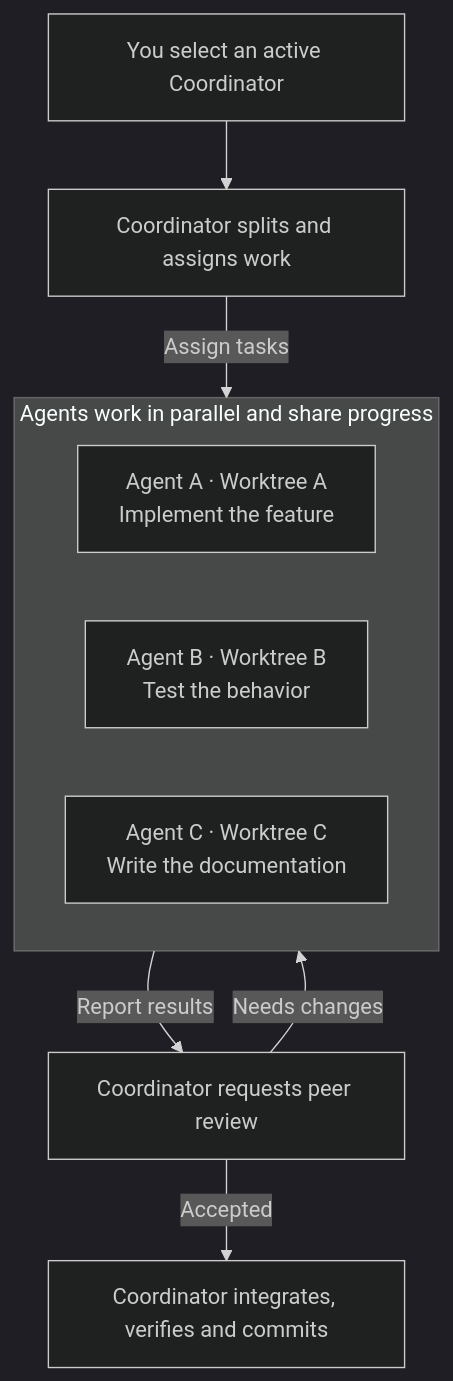
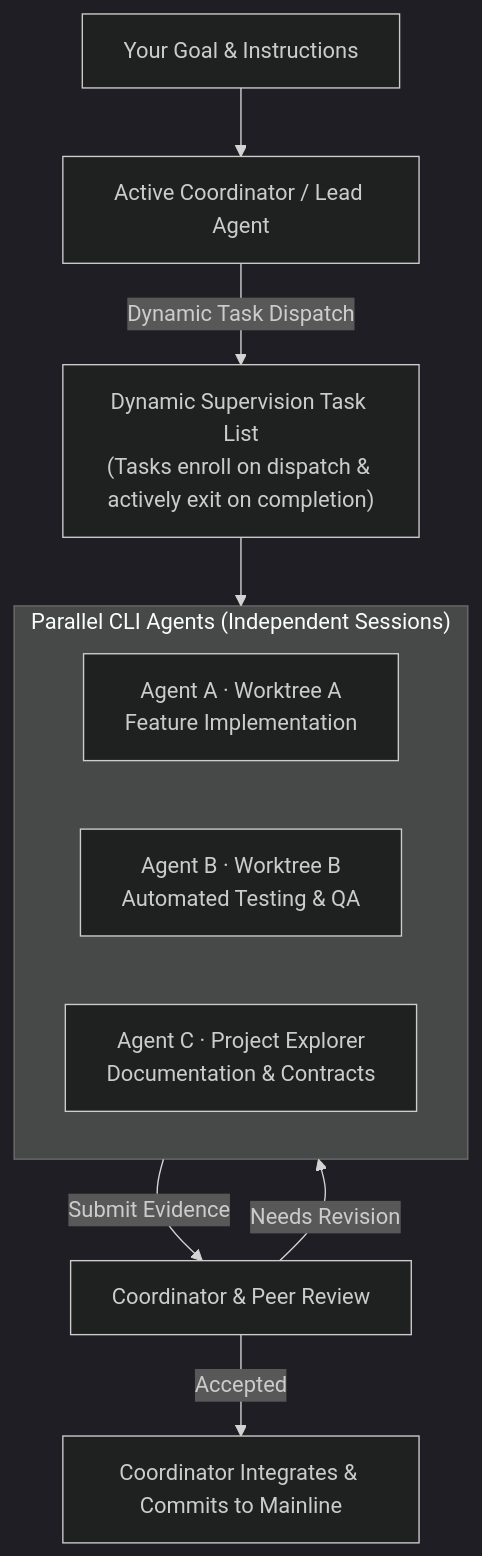
Before and after one commit to OthinusG/warpai: the diagram in README.md, drawn with Mermaid (dark theme). The commit also changed other lines of this file and 2 other files, not shown here.

````diff
--- a/README.md
+++ b/README.md
@@ -66,14 +60,15 @@
 ```mermaid
 flowchart TB
-    Goal["You select an active Coordinator"] --> Lead["Coordinator splits and assigns work"]
-    Lead -->|Assign tasks| Team
-    subgraph Team["Agents work in parallel and share progress"]
+    Goal["Your Goal & Instructions"] --> Coordinator["Active Coordinator / Lead Agent"]
+    Coordinator -->|Dynamic Task Dispatch| TaskPool["Dynamic Supervision Task List<br/>(Tasks enroll on dispatch & actively exit on completion)"]
+    TaskPool --> Team
+    subgraph Team["Parallel CLI Agents (Independent Sessions)"]
         direction LR
-        Build["Agent A · Worktree A<br/>Implement the feature"]
-        Test["Agent B · Worktree B<br/>Test the behavior"]
-        Docs["Agent C · Worktree C<br/>Write the documentation"]
+        AgentA["Agent A · Worktree A<br/>Feature Implementation"]
+        AgentB["Agent B · Worktree B<br/>Automated Testing & QA"]
+        AgentC["Agent C · Project Explorer<br/>Documentation & Contracts"]
     end
-    Team -->|Report results| Review["Coordinator requests peer review"]
-    Review -->|Needs changes| Team
-    Review -->|Accepted| Delivery["Coordinator integrates, verifies and commits"]
+    Team -->|Submit Evidence| Review["Coordinator & Peer Review"]
+    Review -->|Needs Revision| Team
+    Review -->|Accepted| Delivery["Coordinator Integrates & Commits to Mainline"]
 ```
````
